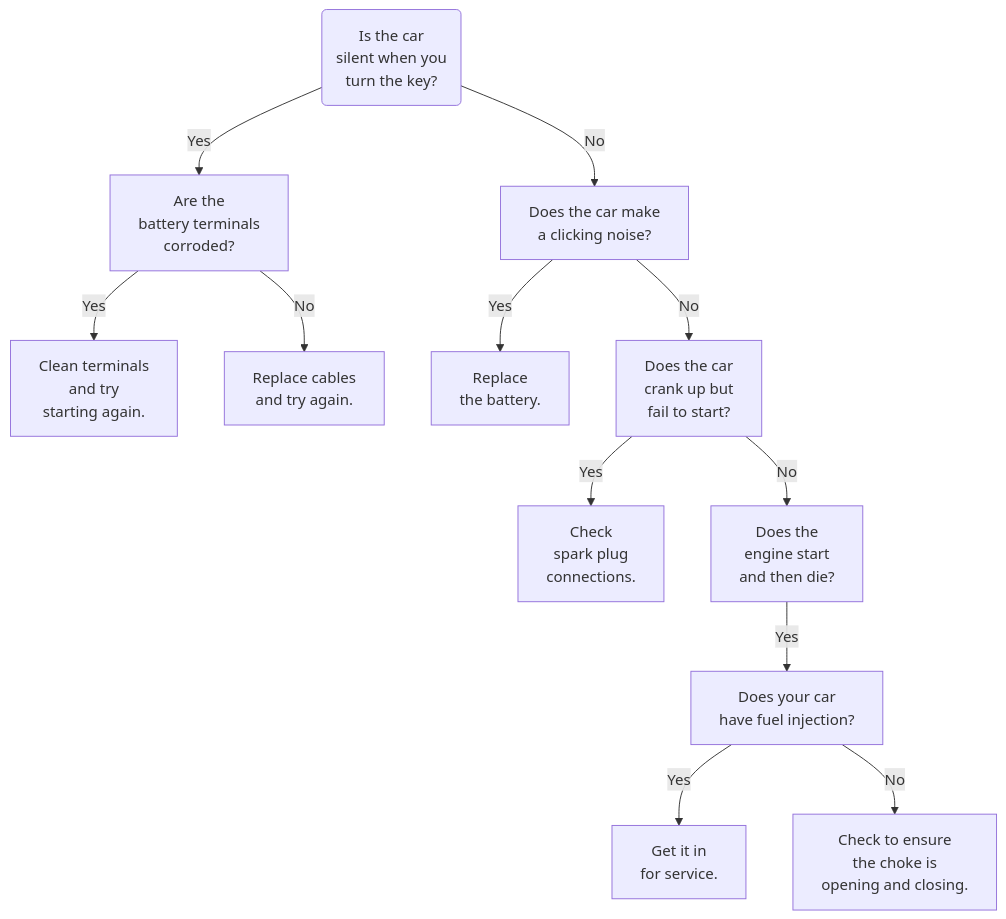
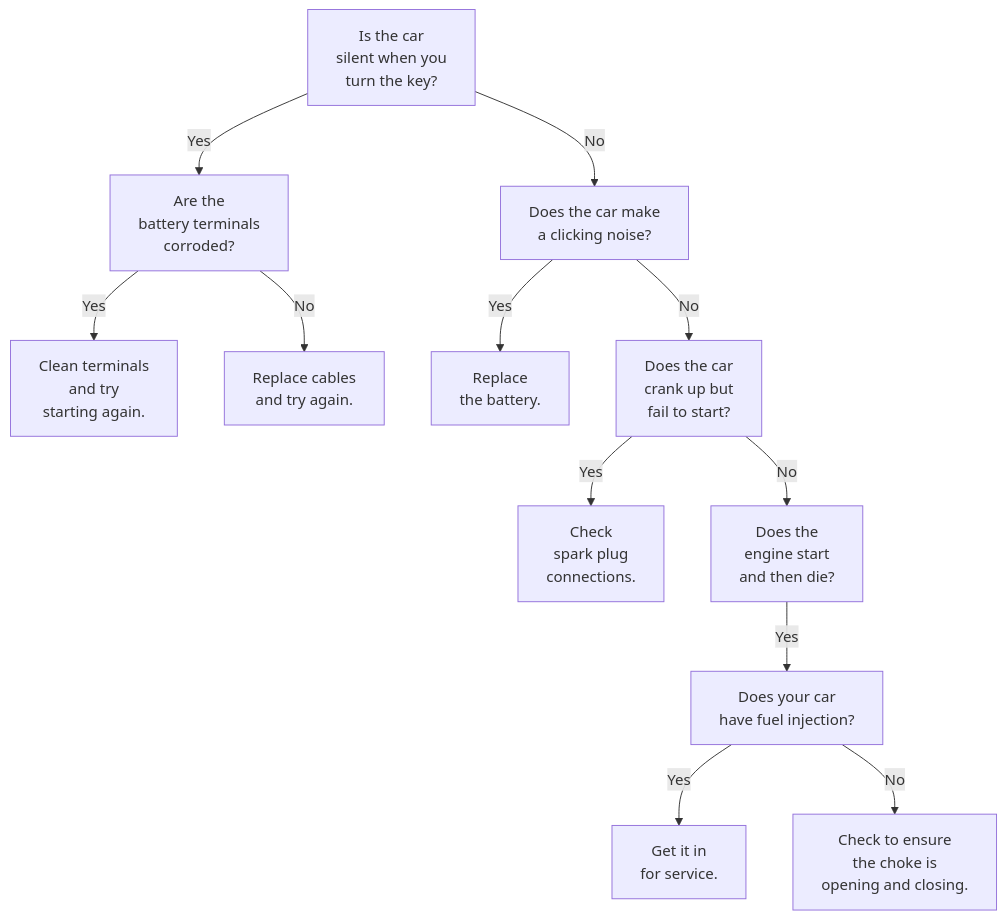
Before and after one commit to JacobNetz/SolutionsForExercisesForProgrammers: the diagram in TroubleshootingCarIssues/Challenges/MermaidParser/MermaidParser.Tests/Charts/OriginalExerciseFlowchart.md, drawn with Mermaid. The commit also changed 3 other files, not shown here.

Commit message:
Handle lines with single node without edge for 'Mermaid Parser' challenge

````diff
--- a/TroubleshootingCarIssues/Challenges/MermaidParser/MermaidParser.Tests/Charts/OriginalExerciseFlowchart.md
+++ b/TroubleshootingCarIssues/Challenges/MermaidParser/MermaidParser.Tests/Charts/OriginalExerciseFlowchart.md
@@ -2,20 +2,20 @@
 ```mermaid
 flowchart TD;
-    A(Is the car \n silent when you \n  turn the key?)-->|Yes|B
+    A[Is the car \n silent when you \n  turn the key?]-->|Yes|B
     B[Are the \n battery terminals \n corroded?]-->|Yes|D
     B-->|No|E
     D[Clean terminals \n and try \n starting again.]
     E[Replace cables \n and try again.]
     A-->|No|C
     C[Does the car make \n a clicking noise?]-->|Yes|F
     C-->|No|G
     F[Replace \n the battery.]
     G[Does the car \n crank up but \n fail to start?]-->|Yes|H
     G-->|No|I
     H[Check \n spark plug \n  connections.]
     I[Does the \n engine start \n and then die?]-->|Yes|J
     J[Does your car \n have fuel injection?]-->|Yes|K
     J-->|No|L
     K[Get it in \n for service.]
     L[Check to ensure \n the choke is \n opening and closing.]
 ```
````
